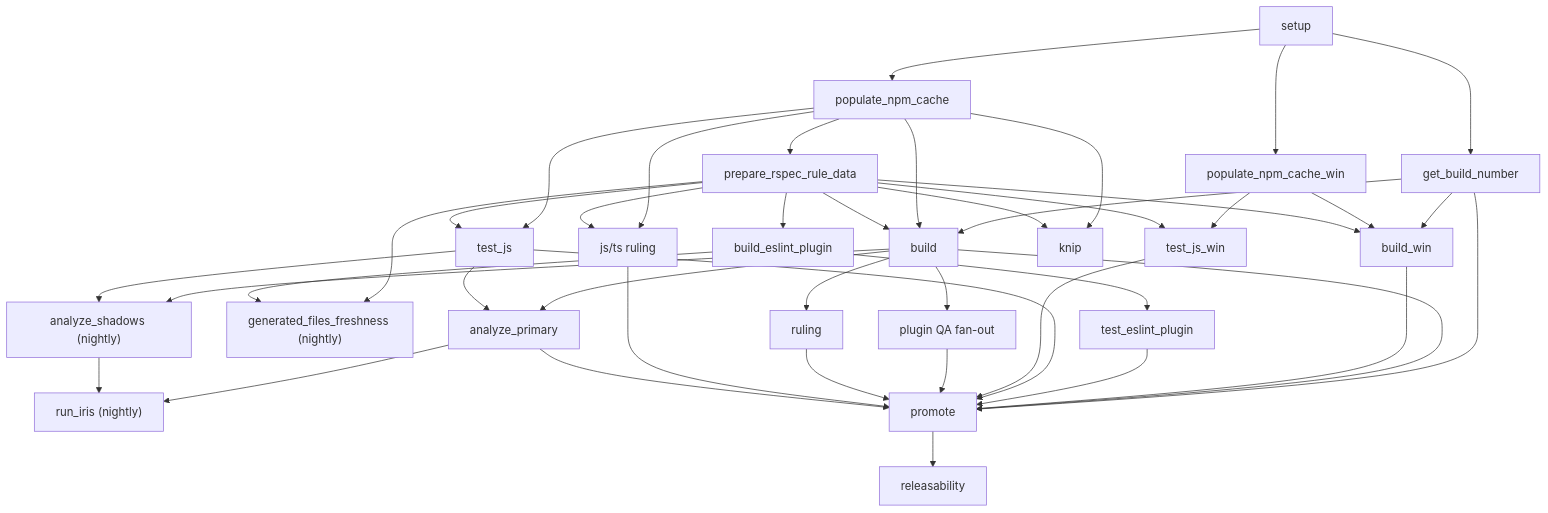
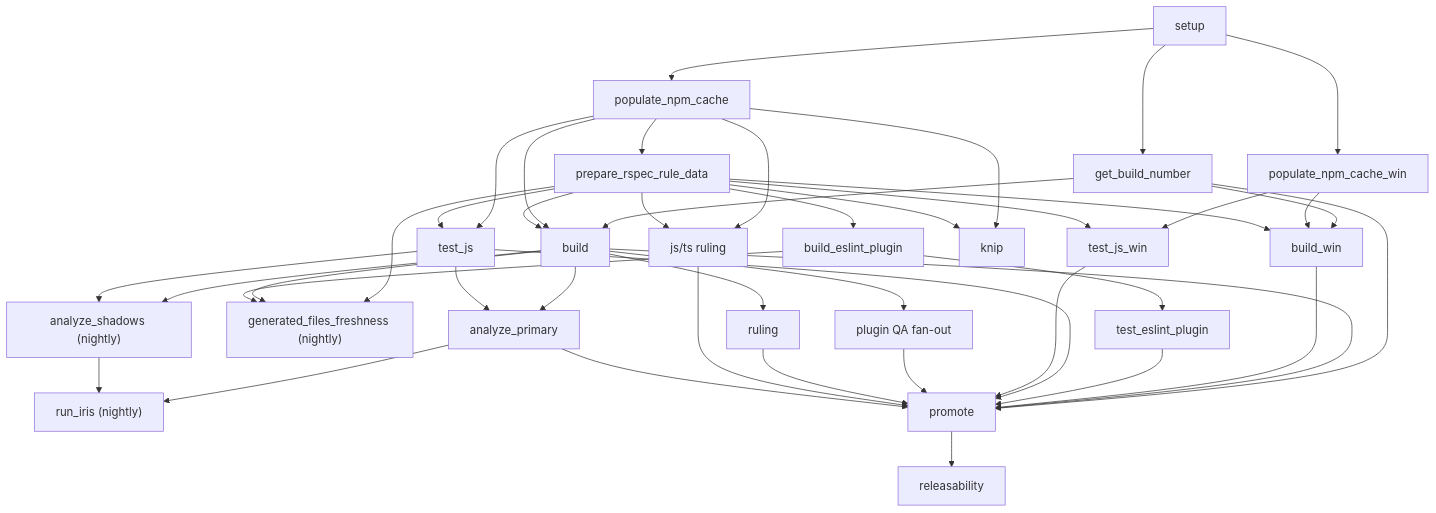
Before and after one commit to SonarSource/SonarJS: the first of 4 diagrams in docs/CI.md, drawn with Mermaid. The commit also changed other lines of this file and 179 other files, not shown here.

````diff
--- a/docs/CI.md
+++ b/docs/CI.md
@@ -88,56 +87,57 @@
 ```mermaid
 flowchart TD
   A["setup"] --> B["get_build_number"]
   A --> C["populate_npm_cache"]
   A --> D["populate_npm_cache_win"]
   C --> E["prepare_rspec_rule_data"]
 
   B --> F["build"]
   C --> F
   E --> F
 
   B --> G["build_win"]
   D --> G
   E --> G
 
   E --> H["build_eslint_plugin"]
   H --> I["test_eslint_plugin"]
 
   C --> J["test_js"]
   E --> J
 
   D --> K["test_js_win"]
   E --> K
 
   C --> L["knip"]
   E --> L
 
   E --> M
+  F --> M
   H --> M["generated_files_freshness (nightly)"]
 
   F --> N["plugin QA fan-out"]
   F --> O["ruling"]
   C --> P["js/ts ruling"]
   E --> P
 
   F --> Q["analyze_primary"]
   J --> Q
   F --> R["analyze_shadows (nightly)"]
   J --> R
 
   Q --> S["run_iris (nightly)"]
   R --> S
 
   B --> T["promote"]
   F --> T
   G --> T
   I --> T
   J --> T
   K --> T
   N --> T
   O --> T
   P --> T
   Q --> T
 
   T --> U["releasability"]
 ```
````
